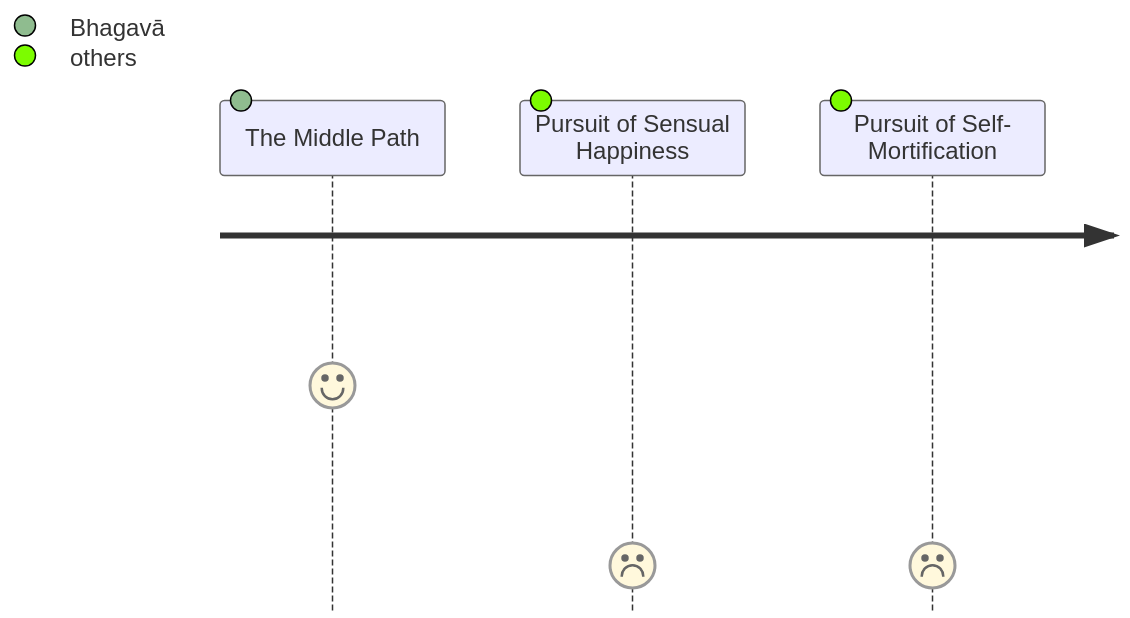
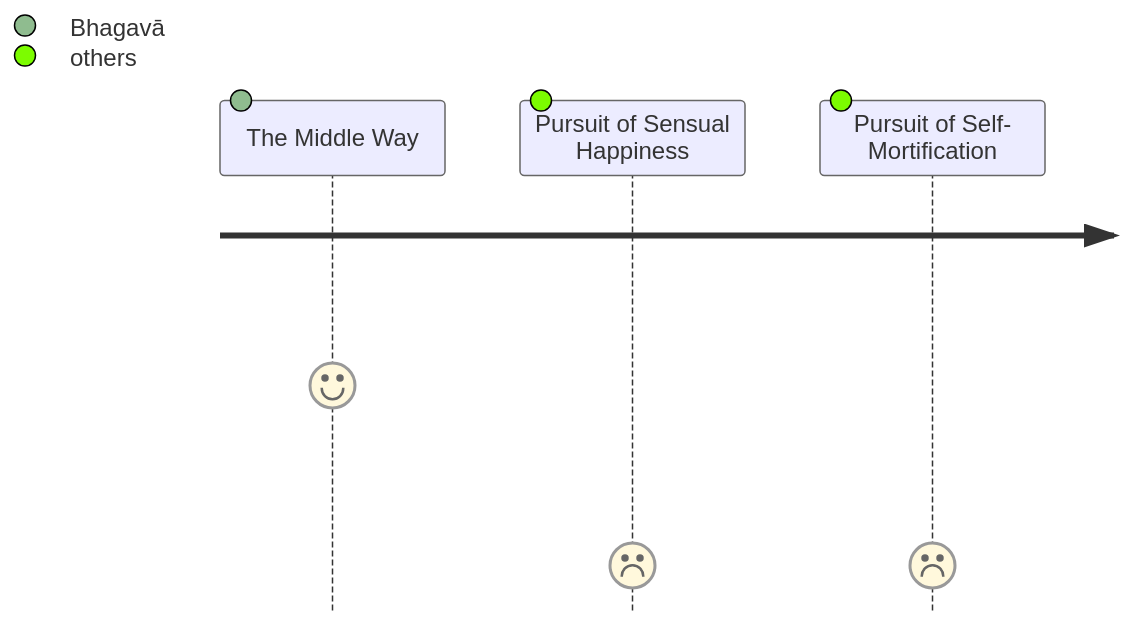
The fourth of 13 diagrams in content/Khandhaka/1.6.md (ChristineTham/tidipa), drawn with Mermaid before and after one commit. The commit also changed other lines of this file and 1 other file, not shown here.

````diff
--- a/content/Khandhaka/1.6.md
+++ b/content/Khandhaka/1.6.md
@@ -295,6 +295,6 @@
 ```mermaid
 journey
-    The Middle Path: 5: Bhagavā
+    The Middle Way: 5: Bhagavā
     Pursuit of Sensual Happiness: 1: others
     Pursuit of Self-Mortification: 1: others
 ```
````
